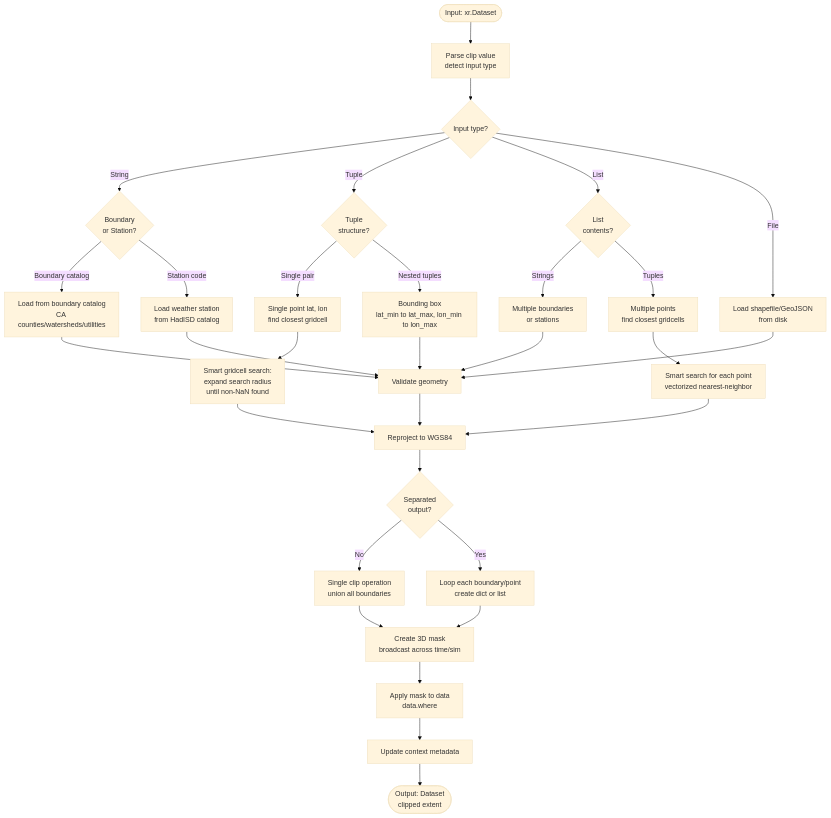
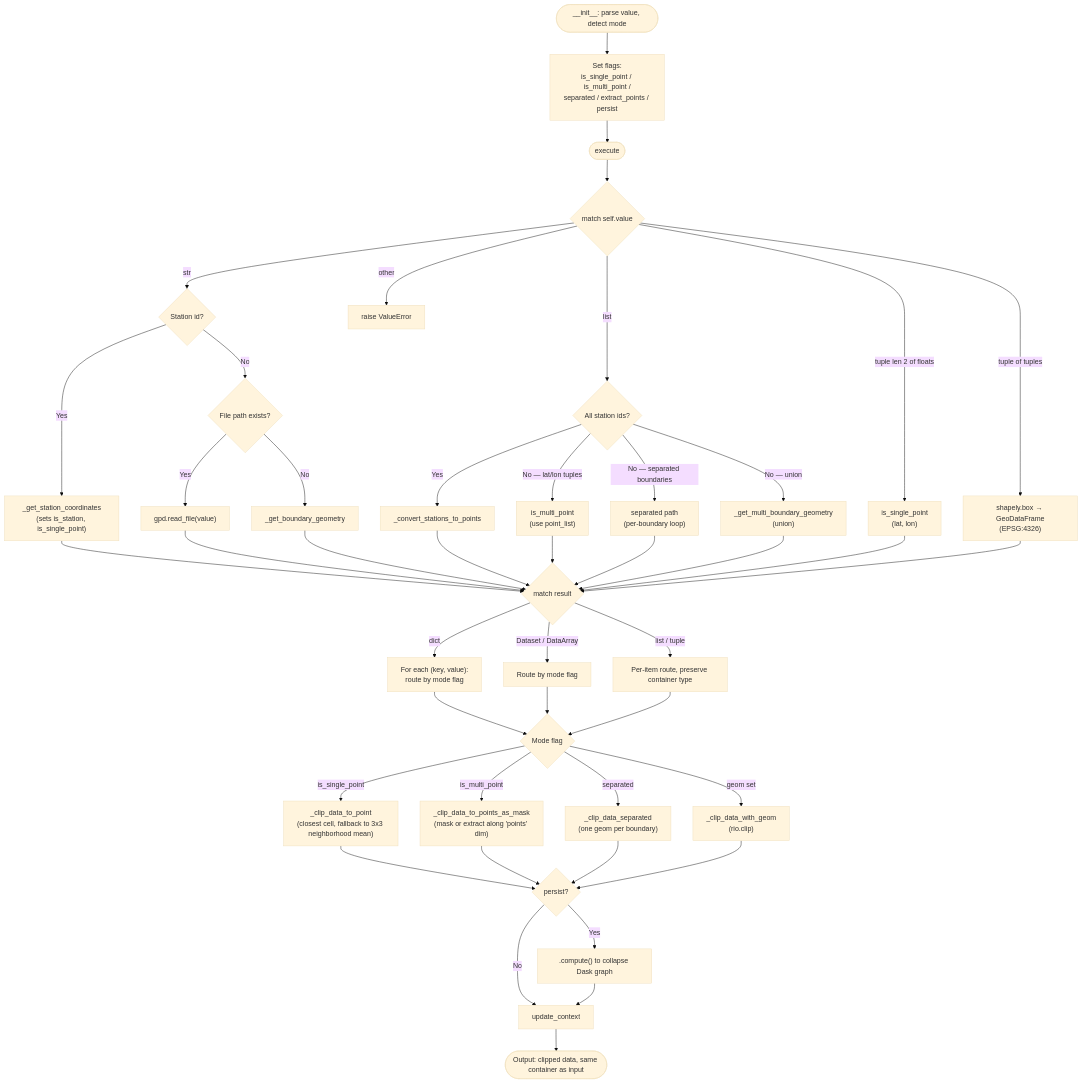
The diagram in docs-mkdocs/climate-data-interface/processors/clip.md (cal-adapt/climakitae), drawn with Mermaid (base theme) before and after one commit. The commit also changed other lines of this file and 28 other files, not shown here.

Commit message:
update processor flowcharts

````diff
--- a/docs-mkdocs/climate-data-interface/processors/clip.md
+++ b/docs-mkdocs/climate-data-interface/processors/clip.md
@@ -11,60 +11,73 @@
 ```mermaid
 flowchart TD
-    Start([Input: xr.Dataset]) --> ParseValue["Parse clip value<br/>detect input type"]
-    
-    ParseValue --> CheckType{Input type?}
-    
-    CheckType -->|String| StringCheck{Boundary<br/>or Station?}
-    StringCheck -->|Boundary catalog| LoadBoundary["Load from boundary catalog<br/>CA counties/watersheds/utilities"]
-    StringCheck -->|Station code| LoadStation["Load weather station<br/>from HadISD catalog"]
-    
-    CheckType -->|Tuple| TupleCheck{Tuple<br/>structure?}
-    TupleCheck -->|Single pair| SinglePoint["Single point lat, lon<br/>find closest gridcell"]
-    TupleCheck -->|Nested tuples| BBox["Bounding box<br/>lat_min to lat_max, lon_min to lon_max"]
-    
-    CheckType -->|List| ListCheck{List<br/>contents?}
-    ListCheck -->|Strings| MultiBoundary["Multiple boundaries<br/>or stations"]
-    ListCheck -->|Tuples| MultiPoint["Multiple points<br/>find closest gridcells"]
-    
-    CheckType -->|File| LoadFile["Load shapefile/GeoJSON<br/>from disk"]
-    
-    LoadBoundary --> ValidateGeom["Validate geometry"]
-    LoadStation --> ValidateGeom
-    SinglePoint --> SmartPoint["Smart gridcell search:<br/>expand search radius<br/>until non-NaN found"]
-    BBox --> ValidateGeom
-    MultiBoundary --> ValidateGeom
-    MultiPoint --> SmartSearch["Smart search for each point<br/>vectorized nearest-neighbor"]
-    LoadFile --> ValidateGeom
-    
-    SmartPoint --> Reproject["Reproject to WGS84"]
-    SmartSearch --> Reproject
-    ValidateGeom --> Reproject
-    
-    Reproject --> CheckSeparated{Separated<br/>output?}
-    
-    CheckSeparated -->|No| SingleClip["Single clip operation<br/>union all boundaries"]
-    CheckSeparated -->|Yes| LoopClip["Loop each boundary/point<br/>create dict or list"]
-    
-    SingleClip --> Mask3D["Create 3D mask<br/>broadcast across time/sim"]
-    LoopClip --> Mask3D
-    
-    Mask3D --> ApplyMask["Apply mask to data<br/>data.where"]
-    
-    ApplyMask --> UpdateCtx["Update context metadata"]
-    
-    UpdateCtx --> End([Output: Dataset<br/>clipped extent])
-    
-    click ParseValue "https://github.com/cal-adapt/climakitae/blob/main/climakitae/new_core/processors/clip.py#L230" "Input type detection"
-    click StringCheck "https://github.com/cal-adapt/climakitae/blob/main/climakitae/new_core/processors/clip.py#L260" "String boundary vs station"
-    click LoadBoundary "https://github.com/cal-adapt/climakitae/blob/main/climakitae/new_core/processors/clip.py#L290" "Load from boundary catalog"
-    click LoadStation "https://github.com/cal-adapt/climakitae/blob/main/climakitae/new_core/processors/clip.py#L310" "Load weather station"
-    click SinglePoint "https://github.com/cal-adapt/climakitae/blob/main/climakitae/new_core/processors/clip.py#L330" "Single point clipping"
-    click BBox "https://github.com/cal-adapt/climakitae/blob/main/climakitae/new_core/processors/clip.py#L350" "Bounding box clipping"
-    click SmartPoint "https://github.com/cal-adapt/climakitae/blob/main/climakitae/new_core/processors/clip.py#L400" "Smart gridcell search algorithm"
-    click SmartSearch "https://github.com/cal-adapt/climakitae/blob/main/climakitae/new_core/processors/clip.py#L420" "Multi-point nearest-neighbor"
-    click ValidateGeom "https://github.com/cal-adapt/climakitae/blob/main/climakitae/new_core/processors/clip.py#L450" "Validate geometry integrity"
-    click Reproject "https://github.com/cal-adapt/climakitae/blob/main/climakitae/new_core/processors/clip.py#L470" "Reproject to WGS84"
-    click Mask3D "https://github.com/cal-adapt/climakitae/blob/main/climakitae/new_core/processors/clip.py#L490" "Broadcast mask to 3D"
-    click ApplyMask "https://github.com/cal-adapt/climakitae/blob/main/climakitae/new_core/processors/clip.py#L510" "Apply rioxarray mask"
-    click UpdateCtx "https://github.com/cal-adapt/climakitae/blob/main/climakitae/new_core/processors/clip.py#L530" "Record clipped region"
+    Init([__init__: parse value, detect mode]) --> Init2["Set flags:<br/>is_single_point / is_multi_point /<br/>separated / extract_points / persist"]
+    Init2 --> Start([execute])
+    Start --> MatchValue{match self.value}
+
+    MatchValue -->|str| StrCheck{Station id?}
+    StrCheck -->|Yes| StationCoords["_get_station_coordinates<br/>(sets is_station, is_single_point)"]
+    StrCheck -->|No| PathCheck{File path exists?}
+    PathCheck -->|Yes| ReadFile["gpd.read_file(value)"]
+    PathCheck -->|No| BoundaryLookup["_get_boundary_geometry"]
+
+    MatchValue -->|list| ListCheck{All station ids?}
+    ListCheck -->|Yes| MultiStation["_convert_stations_to_points"]
+    ListCheck -->|No — lat/lon tuples| MultiPoint["is_multi_point<br/>(use point_list)"]
+    ListCheck -->|No — separated boundaries| Sep["separated path<br/>(per-boundary loop)"]
+    ListCheck -->|No — union| MultiBoundary["_get_multi_boundary_geometry<br/>(union)"]
+
+    MatchValue -->|tuple len 2 of floats| SinglePt["is_single_point<br/>(lat, lon)"]
+    MatchValue -->|tuple of tuples| BBox["shapely.box → GeoDataFrame<br/>(EPSG:4326)"]
+    MatchValue -->|other| RaiseValue["raise ValueError"]
+
+    StationCoords --> DispatchResult
+    ReadFile --> DispatchResult
+    BoundaryLookup --> DispatchResult
+    MultiStation --> DispatchResult
+    MultiPoint --> DispatchResult
+    Sep --> DispatchResult
+    MultiBoundary --> DispatchResult
+    SinglePt --> DispatchResult
+    BBox --> DispatchResult
+
+    DispatchResult{match result}
+    DispatchResult -->|dict| LoopDict["For each (key, value):<br/>route by mode flag"]
+    DispatchResult -->|Dataset / DataArray| RouteSingle["Route by mode flag"]
+    DispatchResult -->|list / tuple| LoopList["Per-item route, preserve container type"]
+
+    LoopDict --> ChooseClipper
+    RouteSingle --> ChooseClipper
+    LoopList --> ChooseClipper
+
+    ChooseClipper{Mode flag}
+    ChooseClipper -->|is_single_point| ClipPoint["_clip_data_to_point<br/>(closest cell, fallback to 3x3 neighborhood mean)"]
+    ChooseClipper -->|is_multi_point| ClipMaskPts["_clip_data_to_points_as_mask<br/>(mask or extract along 'points' dim)"]
+    ChooseClipper -->|separated| ClipSep["_clip_data_separated<br/>(one geom per boundary)"]
+    ChooseClipper -->|geom set| ClipGeom["_clip_data_with_geom<br/>(rio.clip)"]
+
+    ClipPoint --> CheckPersist{persist?}
+    ClipMaskPts --> CheckPersist
+    ClipSep --> CheckPersist
+    ClipGeom --> CheckPersist
+
+    CheckPersist -->|Yes| Compute[".compute() to collapse Dask graph"]
+    CheckPersist -->|No| UpdateCtx
+    Compute --> UpdateCtx["update_context"]
+    UpdateCtx --> End([Output: clipped data, same container as input])
+
+    click Init "https://github.com/cal-adapt/climakitae/blob/main/climakitae/new_core/processors/clip.py#L186" "__init__"
+    click Start "https://github.com/cal-adapt/climakitae/blob/main/climakitae/new_core/processors/clip.py#L294" "execute"
+    click MatchValue "https://github.com/cal-adapt/climakitae/blob/main/climakitae/new_core/processors/clip.py#L303" "First match: parse self.value"
+    click StationCoords "https://github.com/cal-adapt/climakitae/blob/main/climakitae/new_core/processors/clip.py#L541" "_get_station_coordinates"
+    click ReadFile "https://github.com/cal-adapt/climakitae/blob/main/climakitae/new_core/processors/clip.py#L318" "gpd.read_file"
+    click BoundaryLookup "https://github.com/cal-adapt/climakitae/blob/main/climakitae/new_core/processors/clip.py#L1443" "_get_boundary_geometry"
+    click MultiStation "https://github.com/cal-adapt/climakitae/blob/main/climakitae/new_core/processors/clip.py#L570" "_convert_stations_to_points"
+    click MultiBoundary "https://github.com/cal-adapt/climakitae/blob/main/climakitae/new_core/processors/clip.py#L1683" "_get_multi_boundary_geometry (union)"
+    click BBox "https://github.com/cal-adapt/climakitae/blob/main/climakitae/new_core/processors/clip.py#L355" "shapely.box → GeoDataFrame"
+    click DispatchResult "https://github.com/cal-adapt/climakitae/blob/main/climakitae/new_core/processors/clip.py#L386" "Second match: dispatch by result type"
+    click ClipPoint "https://github.com/cal-adapt/climakitae/blob/main/climakitae/new_core/processors/clip.py#L665" "_clip_data_to_point"
+    click ClipMaskPts "https://github.com/cal-adapt/climakitae/blob/main/climakitae/new_core/processors/clip.py#L1061" "_clip_data_to_points_as_mask"
+    click ClipSep "https://github.com/cal-adapt/climakitae/blob/main/climakitae/new_core/processors/clip.py#L1348" "_clip_data_separated"
+    click ClipGeom "https://github.com/cal-adapt/climakitae/blob/main/climakitae/new_core/processors/clip.py#L595" "_clip_data_with_geom"
+    click UpdateCtx "https://github.com/cal-adapt/climakitae/blob/main/climakitae/new_core/processors/clip.py#L479" "update_context"
 ```
````
